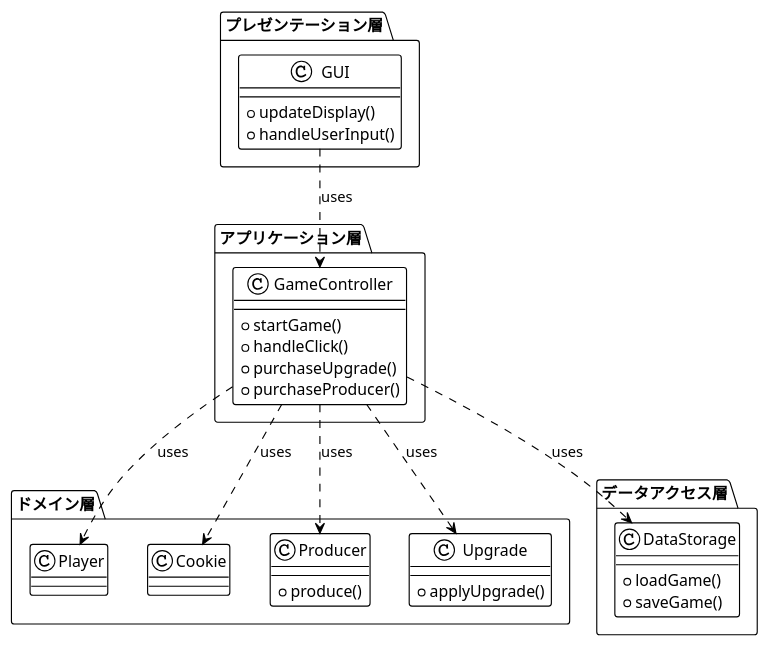
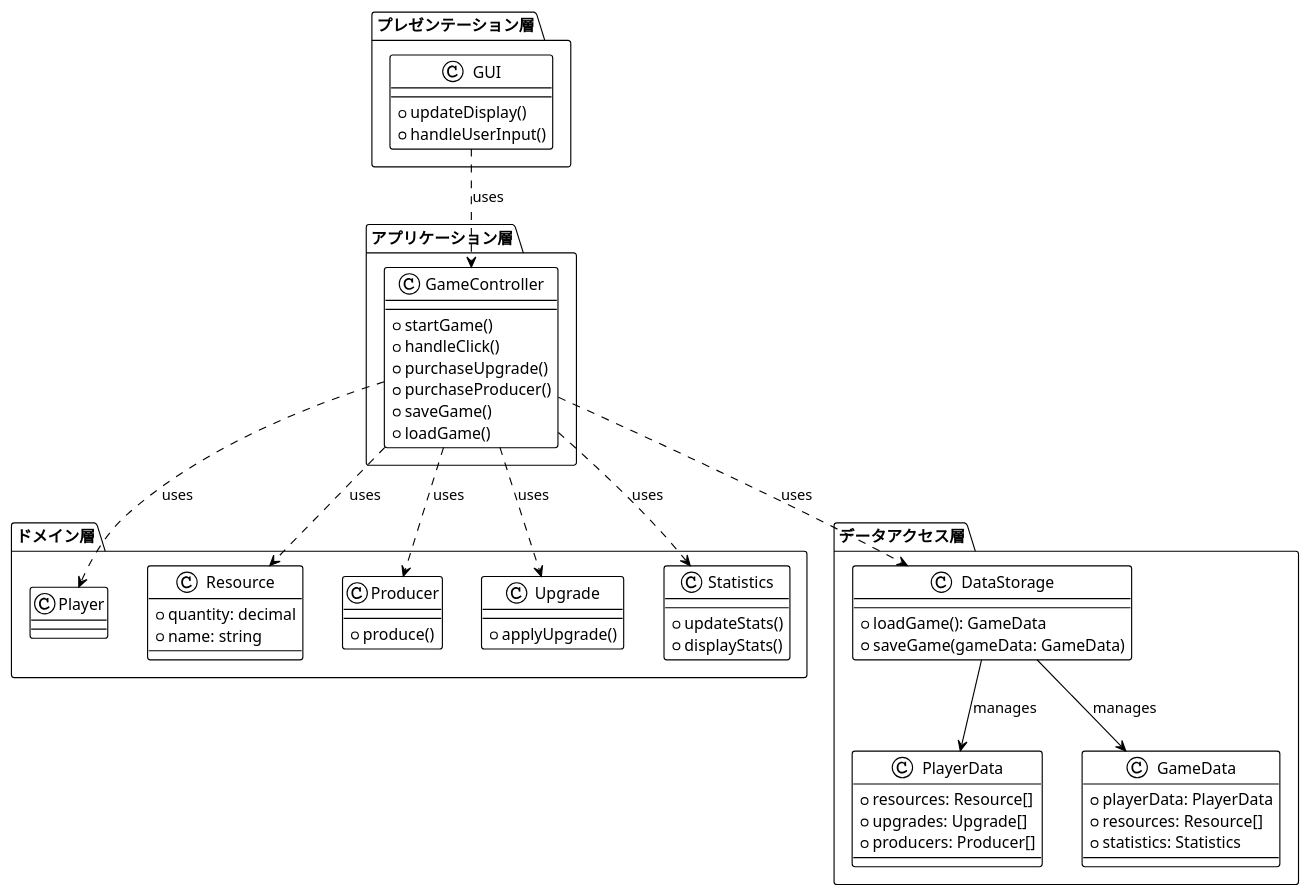
One commit to VGA-Team2024/TeamW changed the diagram in Assets/CookieClickerProject/Design/ClassTree/CookieClickerProject.puml. Above: the diagram before and after it, drawn with PlantUML. The commit also changed 6 other files, not shown here.

```diff
--- a/Assets/CookieClickerProject/Design/ClassTree/CookieClickerProject.puml
+++ b/Assets/CookieClickerProject/Design/ClassTree/CookieClickerProject.puml
@@ -1,51 +1,72 @@
 @startuml
 !theme plain
 
 package "プレゼンテーション層" {
   class GUI {
     +updateDisplay()
     +handleUserInput()
   }
 }
 
 package "アプリケーション層" {
   class GameController {
     +startGame()
     +handleClick()
     +purchaseUpgrade()
     +purchaseProducer()
+    +saveGame()
+    +loadGame()
   }
 }
 
 package "ドメイン層" {
   class Player {
   }
 
-  class Cookie {
+  class Resource {
+    +quantity: decimal
+    +name: string
   }
-
+  
   class Producer {
     +produce()
   }
 
   class Upgrade {
     +applyUpgrade()
   }
+
+  class Statistics {
+    +updateStats()
+    +displayStats()
+  }
 }
 
 package "データアクセス層" {
   class DataStorage {
-    +loadGame()
-    +saveGame()
+    +loadGame(): GameData
+    +saveGame(gameData: GameData)
+  }
+  class PlayerData {
+    +resources: Resource[]
+    +upgrades: Upgrade[]
+    +producers: Producer[]
+  }
+  class GameData {
+    +playerData: PlayerData
+    +resources: Resource[]
+    +statistics: Statistics
   }
 }
 
 GUI ..> GameController : uses
 GameController ..> Player : uses
-GameController ..> Cookie : uses
+GameController ..> Resource : uses
 GameController ..> Producer : uses
 GameController ..> Upgrade : uses
+GameController ..> Statistics : uses
 GameController ..> DataStorage : uses
-
+DataStorage --> PlayerData : manages
+DataStorage --> GameData : manages
 
 @enduml
```
